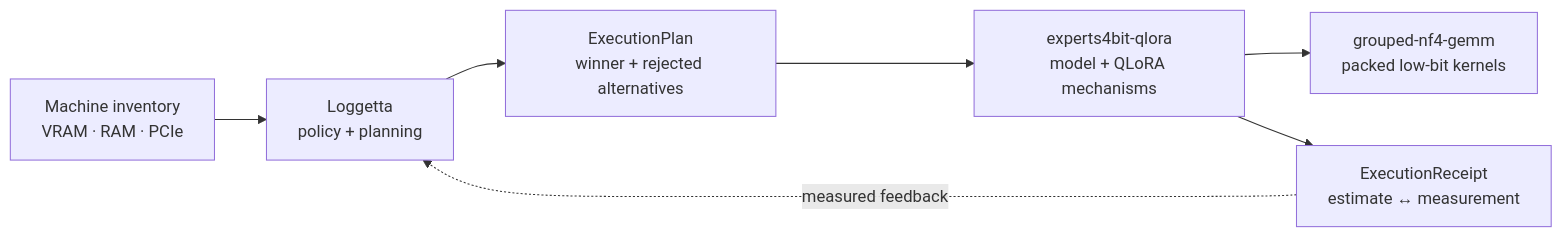
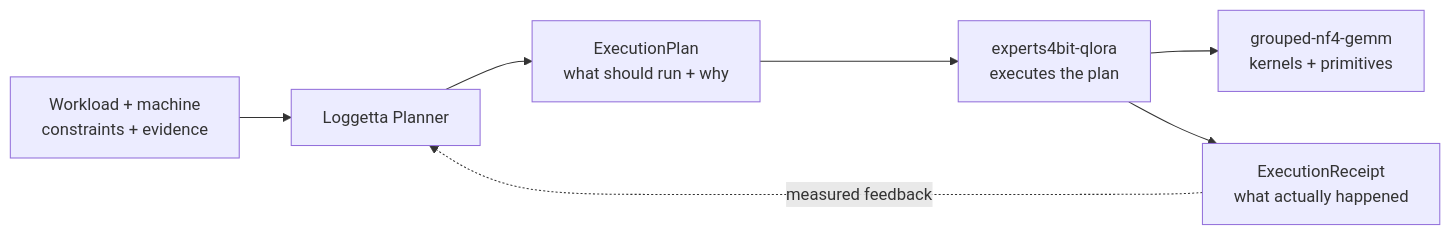
One commit to pjordanandrsn/loggetta changed the diagram in README.md. Above: the diagram before and after it, drawn with Mermaid. The commit also changed other lines of this file, not shown here.

Commit message:
docs: center README on planner plan and receipt ownership

````diff
--- a/README.md
+++ b/README.md
@@ -35,9 +36,9 @@
 ```mermaid
 flowchart LR
-    H["Machine inventory<br/>VRAM · RAM · PCIe"] --> L["Loggetta<br/>policy + planning"]
-    L --> P["ExecutionPlan<br/>winner + rejected alternatives"]
-    P --> E["experts4bit-qlora<br/>model + QLoRA mechanisms"]
-    E --> G["grouped-nf4-gemm<br/>packed low-bit kernels"]
-    E --> R["ExecutionReceipt<br/>estimate ↔ measurement"]
-    R -. "measured feedback" .-> L
+    I["Workload + machine<br/>constraints + evidence"] --> P["Loggetta Planner"]
+    P --> X["ExecutionPlan<br/>what should run + why"]
+    X --> E["experts4bit-qlora<br/>executes the plan"]
+    E --> G["grouped-nf4-gemm<br/>kernels + primitives"]
+    E --> R["ExecutionReceipt<br/>what actually happened"]
+    R -. "measured feedback" .-> P
 ```
````
